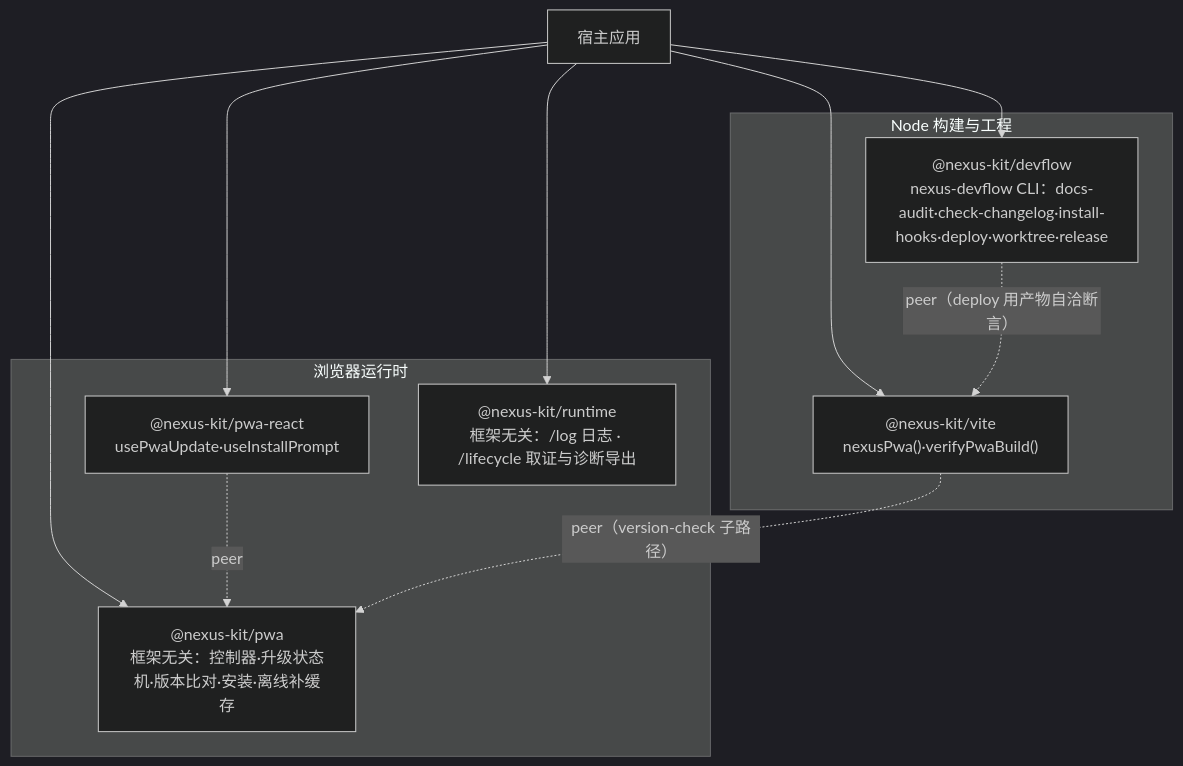
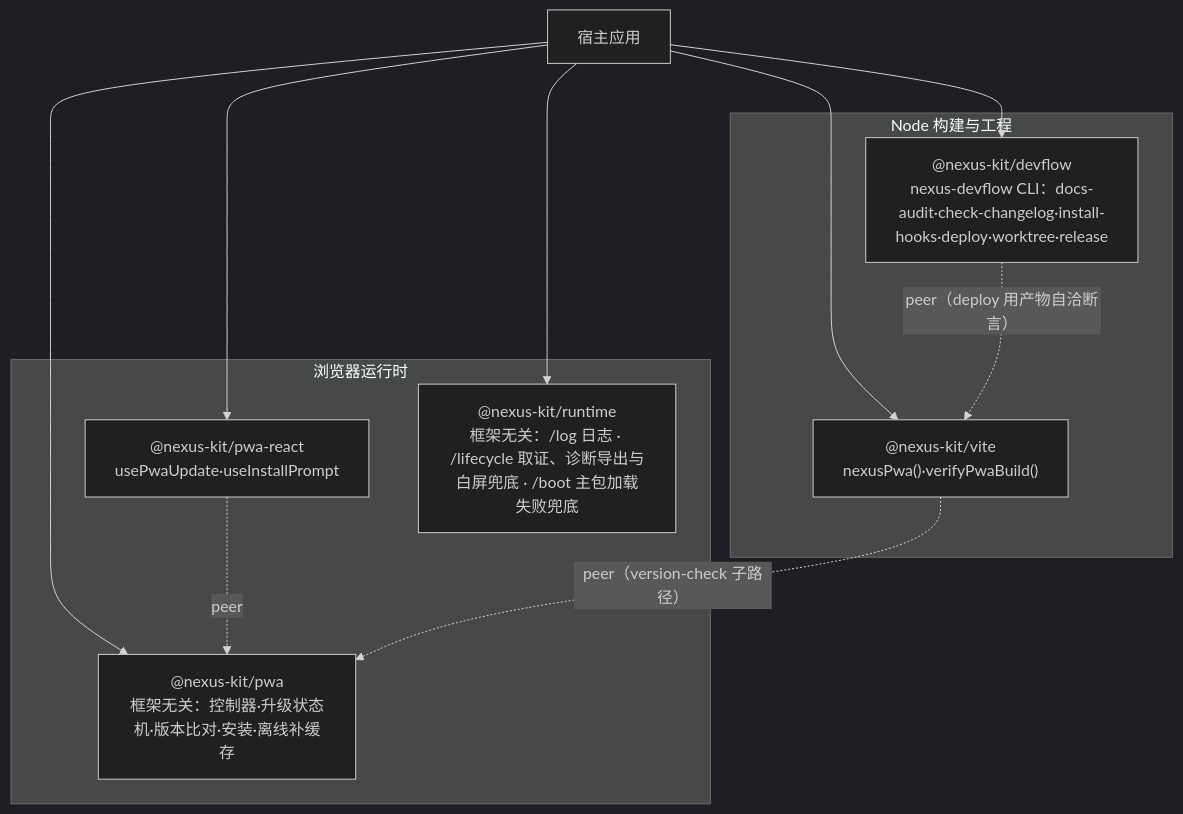
The first of 2 diagrams in docs/架构算法/总览.md (iazrael/nexus-kit), drawn with Mermaid (dark theme) before and after one commit. The commit also changed other lines of this file and 48 other files, not shown here.

First line of the commit message:
feat(runtime): 兜底页重新加载直接进新版、复制截短、主包加载失败兜底（单一源码、只用 ES5）

````diff
--- a/docs/架构算法/总览.md
+++ b/docs/架构算法/总览.md
@@ -7,16 +7,16 @@
 ```mermaid
 flowchart TB
   subgraph 浏览器运行时
     PWA["@nexus-kit/pwa<br/>框架无关：控制器·升级状态机·版本比对·安装·离线补缓存"]
     PR["@nexus-kit/pwa-react<br/>usePwaUpdate·useInstallPrompt"]
-    RT["@nexus-kit/runtime<br/>框架无关：/log 日志 · /lifecycle 取证与诊断导出"]
+    RT["@nexus-kit/runtime<br/>框架无关：/log 日志 · /lifecycle 取证、诊断导出与白屏兜底 · /boot 主包加载失败兜底"]
   end
   subgraph Node 构建与工程
     VITE["@nexus-kit/vite<br/>nexusPwa()·verifyPwaBuild()"]
     DF["@nexus-kit/devflow<br/>nexus-devflow CLI：docs-audit·check-changelog·install-hooks·deploy·worktree·release"]
   end
   PR -. peer .-> PWA
   VITE -. "peer（version-check 子路径）" .-> PWA
   DF -. "peer（deploy 用产物自洽断言）" .-> VITE
   APP[宿主应用] --> PWA & PR & RT & VITE & DF
 ```
````
